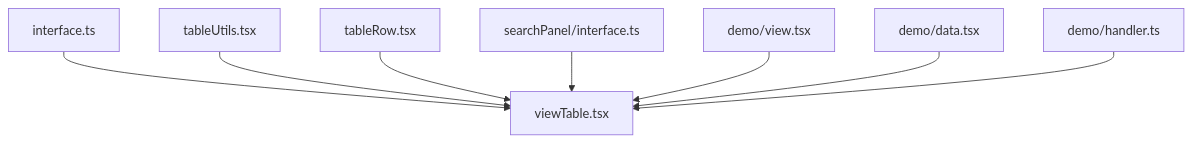
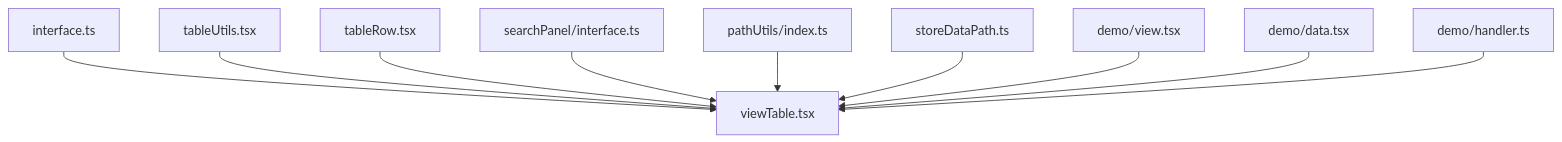
One commit to liqiongke/FrontArk changed the eighth of 8 diagrams in .qoder/repowiki/zh/content/组件库/数据组件/表格组件.md. Above: the diagram before and after it, drawn with Mermaid. The commit also changed other lines of this file and 6 other files, not shown here.

````diff
--- a/.qoder/repowiki/zh/content/组件库/数据组件/表格组件.md
+++ b/.qoder/repowiki/zh/content/组件库/数据组件/表格组件.md
@@ -263,10 +325,12 @@
 ```mermaid
 graph TB
 I["interface.ts"] --> VT["viewTable.tsx"]
 U["tableUtils.tsx"] --> VT
 R["tableRow.tsx"] --> VT
 SP["searchPanel/interface.ts"] --> VT
+PU["pathUtils/index.ts"] --> VT
+SDP["storeDataPath.ts"] --> VT
 DEMO_V["demo/view.tsx"] --> VT
 DEMO_D["demo/data.tsx"] --> VT
 DEMO_H["demo/handler.ts"] --> VT
 ```
````
